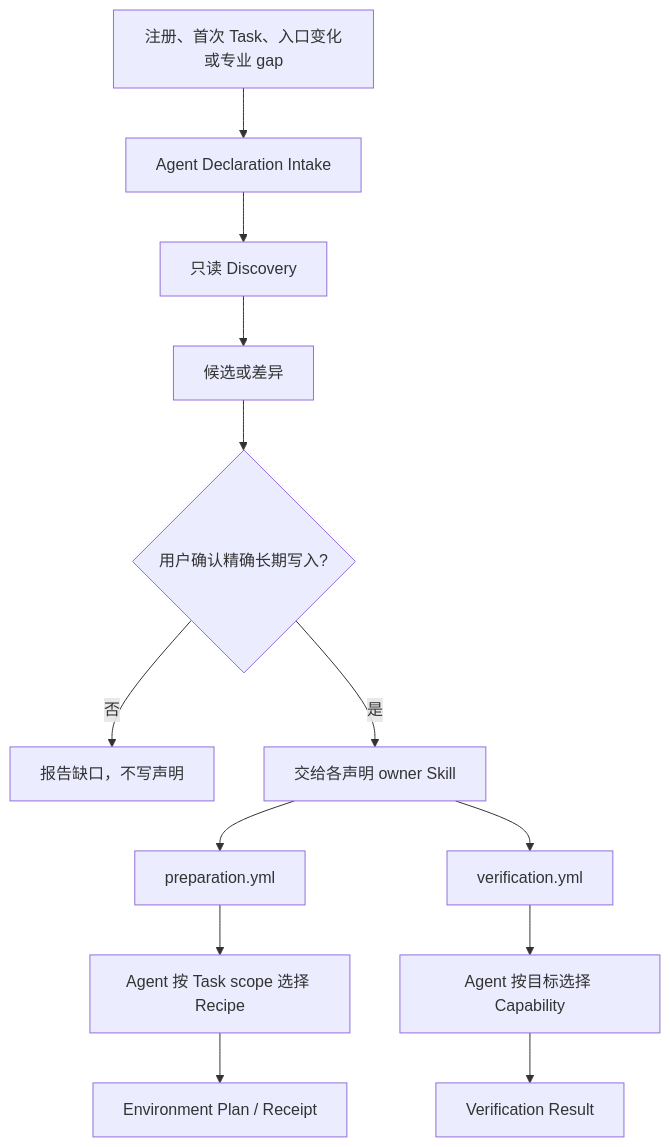
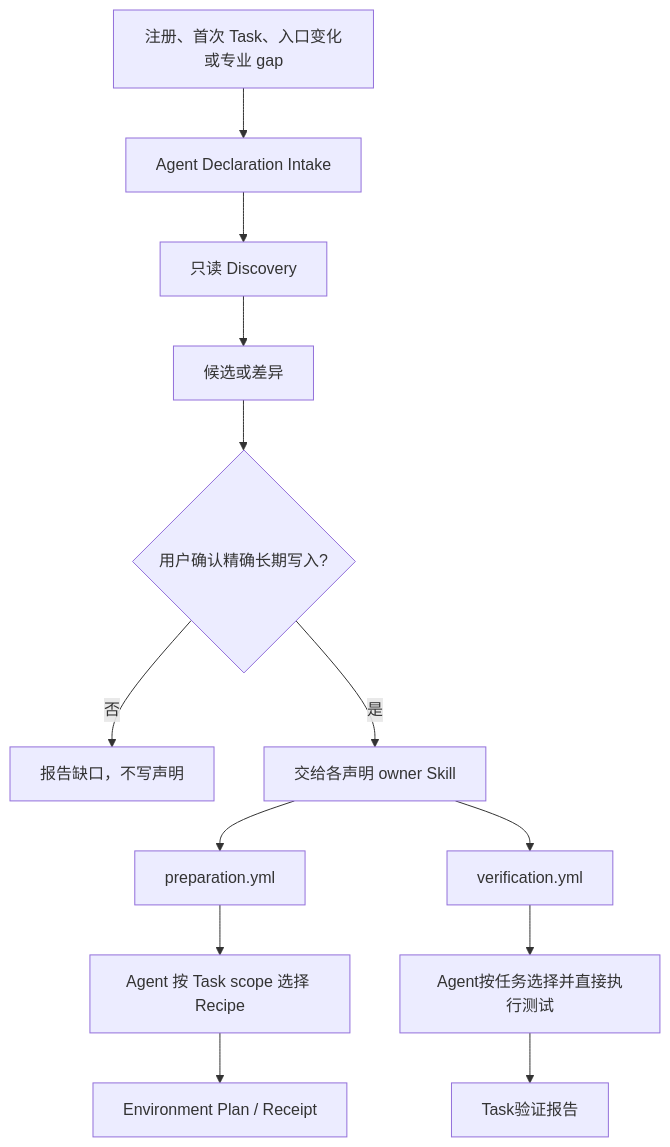
Before and after one commit to BuildrAI/Buildr: the diagram in projects/product/docs/architecture/buildr-project-declaration-system.md, drawn with Mermaid. The commit also changed other lines of this file and 217 other files, not shown here.

````diff
--- a/projects/product/docs/architecture/buildr-project-declaration-system.md
+++ b/projects/product/docs/architecture/buildr-project-declaration-system.md
@@ -22,15 +22,15 @@
 ```mermaid
 flowchart TD
     T["注册、首次 Task、入口变化或专业 gap"] --> I["Agent Declaration Intake"]
     I --> D["只读 Discovery"]
     D --> C["候选或差异"]
     C --> A{"用户确认精确长期写入?"}
     A -- "否" --> R["报告缺口，不写声明"]
     A -- "是" --> O["交给各声明 owner Skill"]
     O --> P["preparation.yml"]
     O --> V["verification.yml"]
     P --> EP["Agent 按 Task scope 选择 Recipe"]
     EP --> ER["Environment Plan / Receipt"]
-    V --> VS["Agent 按目标选择 Capability"]
-    VS --> VR["Verification Result"]
+    V --> VS["Agent按任务选择并直接执行测试"]
+    VS --> VR["Task验证报告"]
 ```
````
